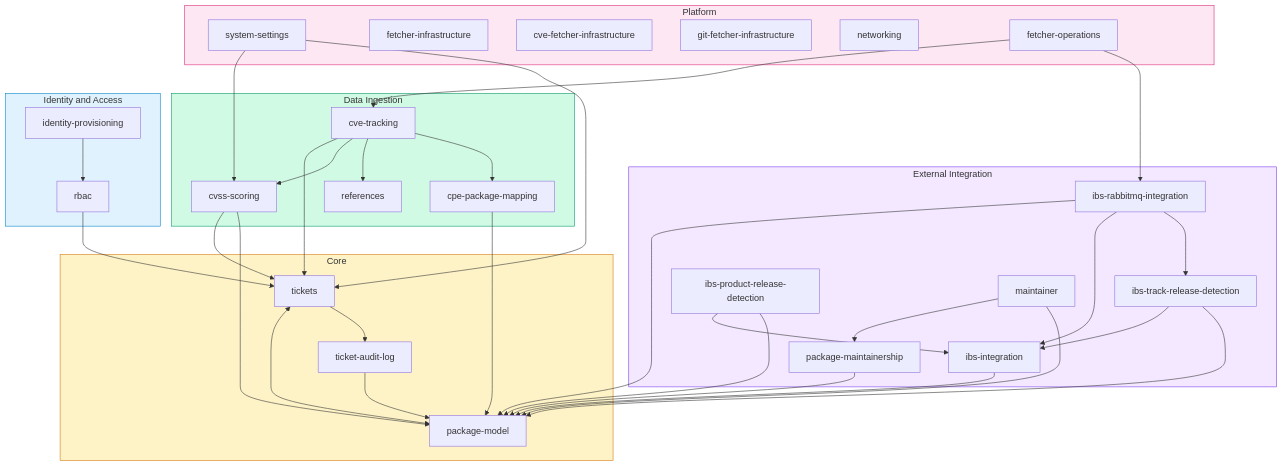
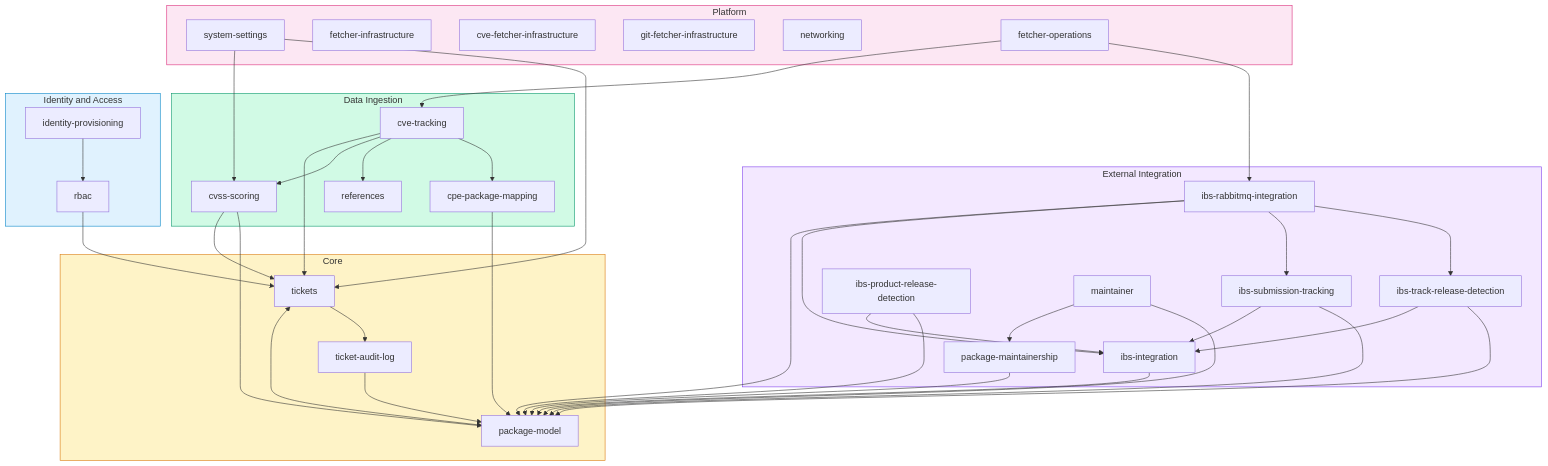
The seventh of 7 diagrams in docs/system-map.md (StayPirate/STAMP), drawn with Mermaid before and after one commit. The commit also changed other lines of this file and 25 other files, not shown here.

Commit message:
docs: define IBS request and RabbitMQ contracts (#482)

```diff
--- a/docs/system-map.md
+++ b/docs/system-map.md
@@ -714,6 +740,7 @@
     subgraph integration["External Integration"]
         OBS["ibs-integration"]
         RABBIT["ibs-rabbitmq-integration"]
+        SUBMISSION["ibs-submission-tracking"]
         TRACK_RELEASE["ibs-track-release-detection"]
         PRODUCT_RELEASE["ibs-product-release-detection"]
         MAINTAINERSHIP["package-maintainership"]
@@ -751,6 +778,9 @@
     OBS --> PKG
     RABBIT --> PKG
     RABBIT --> OBS
+    RABBIT --> SUBMISSION
+    SUBMISSION --> OBS
+    SUBMISSION --> PKG
     TRACK_RELEASE --> OBS
     RABBIT --> TRACK_RELEASE
     TRACK_RELEASE --> PKG
```
